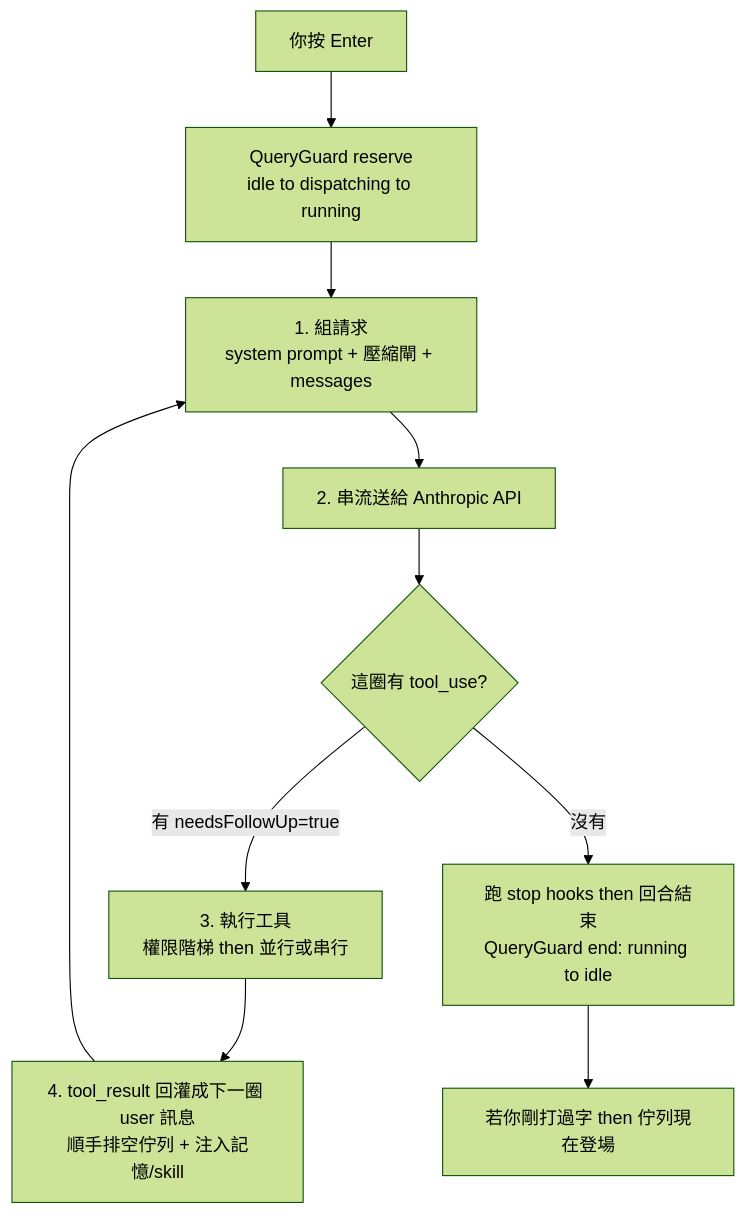
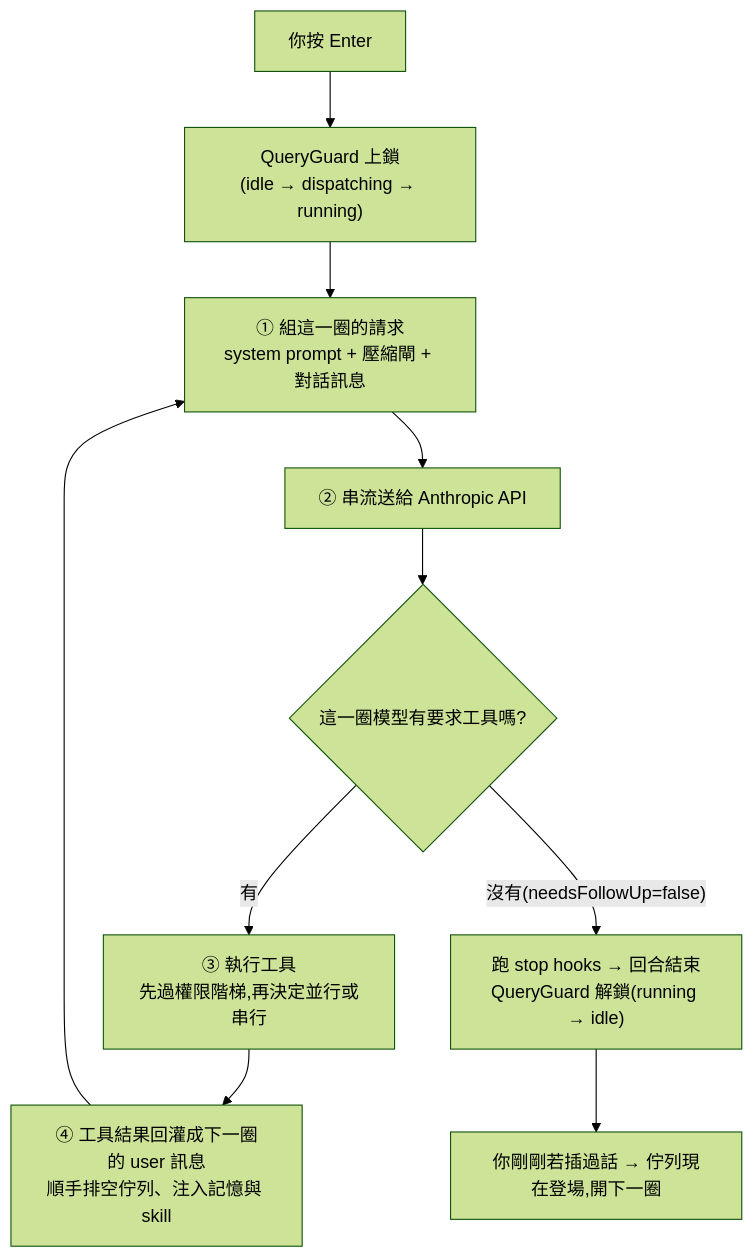
One commit to shooter2062424/Knowledge changed the first of 3 diagrams in technology/claude-code/claude-code-architecture-deep-dive.md. Above: the diagram before and after it, drawn with Mermaid (forest theme). The commit also changed other lines of this file, not shown here.

First line of the commit message:
[docs] Claude Code 拆解筆記:修好三張圖的怪英文 + 把「時刻 N|」標題改自然

````diff
--- a/technology/claude-code/claude-code-architecture-deep-dive.md
+++ b/technology/claude-code/claude-code-architecture-deep-dive.md
@@ -26,12 +26,12 @@
 ```mermaid
 flowchart TB
-    U["你按 Enter"] --> G["QueryGuard reserve<br/>idle to dispatching to running"]
-    G --> A1["1. 組請求<br/>system prompt + 壓縮閘 + messages"]
-    A1 --> A2["2. 串流送給 Anthropic API"]
-    A2 --> A3{"這圈有 tool_use?"}
-    A3 -->|"有 needsFollowUp=true"| A4["3. 執行工具<br/>權限階梯 then 並行或串行"]
-    A4 --> A5["4. tool_result 回灌成下一圈 user 訊息<br/>順手排空佇列 + 注入記憶/skill"]
+    U["你按 Enter"] --> G["QueryGuard 上鎖<br/>(idle → dispatching → running)"]
+    G --> A1["① 組這一圈的請求<br/>system prompt + 壓縮閘 + 對話訊息"]
+    A1 --> A2["② 串流送給 Anthropic API"]
+    A2 --> A3{"這一圈模型有要求工具嗎?"}
+    A3 -->|"有"| A4["③ 執行工具<br/>先過權限階梯,再決定並行或串行"]
+    A4 --> A5["④ 工具結果回灌成下一圈的 user 訊息<br/>順手排空佇列、注入記憶與 skill"]
     A5 --> A1
-    A3 -->|"沒有"| A6["跑 stop hooks then 回合結束<br/>QueryGuard end: running to idle"]
-    A6 --> A7["若你剛打過字 then 佇列現在登場"]
+    A3 -->|"沒有(needsFollowUp=false)"| A6["跑 stop hooks → 回合結束<br/>QueryGuard 解鎖(running → idle)"]
+    A6 --> A7["你剛剛若插過話 → 佇列現在登場,開下一圈"]
 ```
````
